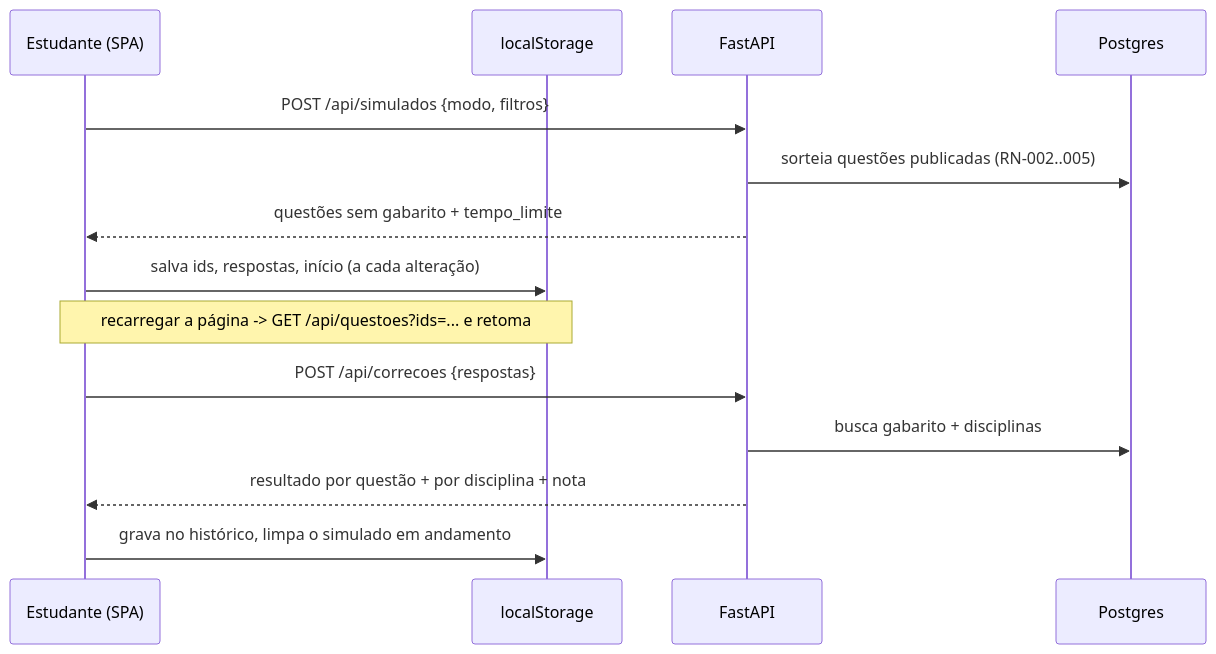
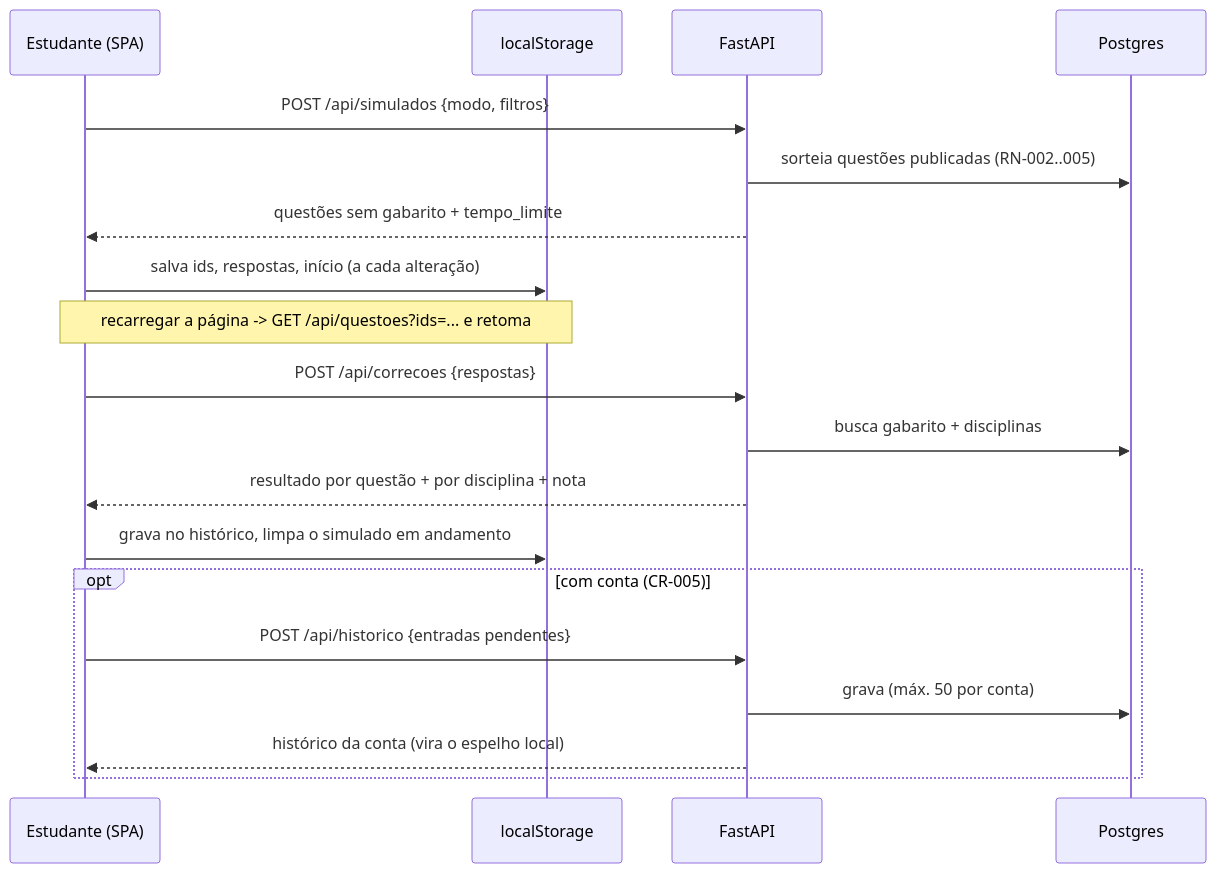
The second of 4 diagrams in docs/02-ARCHITECTURE.md (RafaelPeixoto01/simulado-fuvest), drawn with Mermaid before and after one commit. The commit also changed other lines of this file and 9 other files, not shown here.

First line of the commit message:
docs: CR-005 contas com Google e historico sincronizado (Fase 3B)

````diff
--- a/docs/02-ARCHITECTURE.md
+++ b/docs/02-ARCHITECTURE.md
@@ -68,16 +71,21 @@
 ```mermaid
 sequenceDiagram
     participant E as Estudante (SPA)
     participant LS as localStorage
     participant API as FastAPI
     participant DB as Postgres
     E->>API: POST /api/simulados {modo, filtros}
     API->>DB: sorteia questões publicadas (RN-002..005)
     API-->>E: questões sem gabarito + tempo_limite
     E->>LS: salva ids, respostas, início (a cada alteração)
     Note over E,LS: recarregar a página -> GET /api/questoes?ids=... e retoma
     E->>API: POST /api/correcoes {respostas}
     API->>DB: busca gabarito + disciplinas
     API-->>E: resultado por questão + por disciplina + nota
     E->>LS: grava no histórico, limpa o simulado em andamento
+    opt com conta (CR-005)
+        E->>API: POST /api/historico {entradas pendentes}
+        API->>DB: grava (máx. 50 por conta)
+        API-->>E: histórico da conta (vira o espelho local)
+    end
 ```
````
